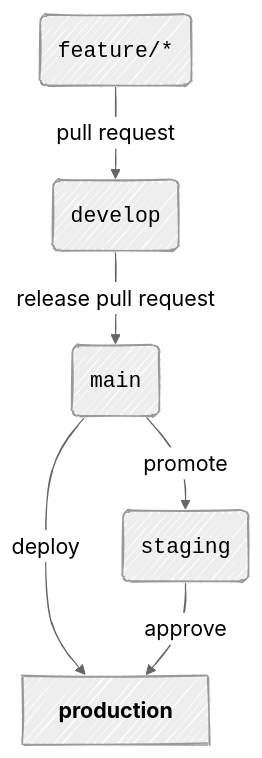
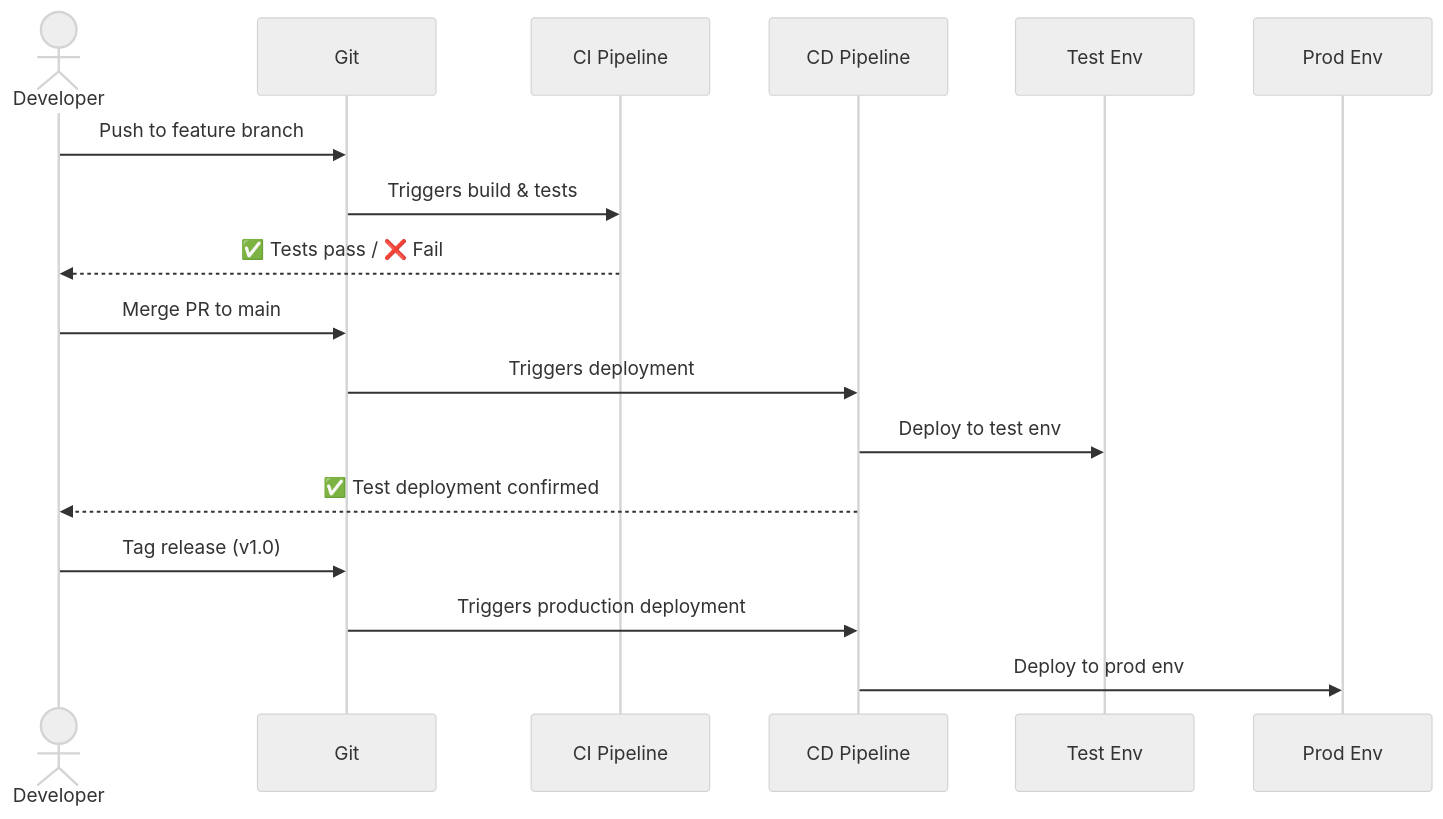
Before and after one commit to mjfrigaard/do4ds-labs: the third of 5 diagrams in lab5.qmd, drawn with Mermaid. The commit also changed other lines of this file and 5 other files, not shown here.

````diff
--- a/lab5.qmd
+++ b/lab5.qmd
@@ -178,14 +155,26 @@
 ```{mermaid}
-%%| fig-cap: 'Typical CI-CD promotion pattern'
+%%| fig-cap: 'Git & CI/CD'
 %%| fig-width: 7.0
 %%| fig-align: center
 %%{init: {'theme': 'neutral', 'look': 'handDrawn', 'themeVariables': { 'fontFamily': 'monospace', "fontSize":"18px"}}}%%
+sequenceDiagram
+    actor Dev as Developer
+    participant Git as Git
+    participant CI as CI Pipeline
+    participant CD as CD Pipeline
+    participant Test as Test Env
+    participant Prod as Prod Env
 
-flowchart TB
-  F("<code>feature/*</code>") -->|"pull request"| D("<code>develop</code>")
-  D -->|release pull request| M("<code>main</code>")
-  M -->|deploy| P["<strong>production</strong>"]
-  M -->|promote| S("<code>staging</code>")
-  S -->|approve| P
-    
+    Dev->>Git: Push to feature branch
+    Git->>CI: Triggers build & tests
+    CI-->>Dev: ✅ Tests pass / ❌ Fail
+
+    Dev->>Git: Merge PR to main
+    Git->>CD: Triggers deployment
+    CD->>Test: Deploy to test env
+    CD-->>Dev: ✅ Test deployment confirmed
+
+    Dev->>Git: Tag release (v1.0)
+    Git->>CD: Triggers production deployment
+    CD->>Prod: Deploy to prod env
 ```
````
